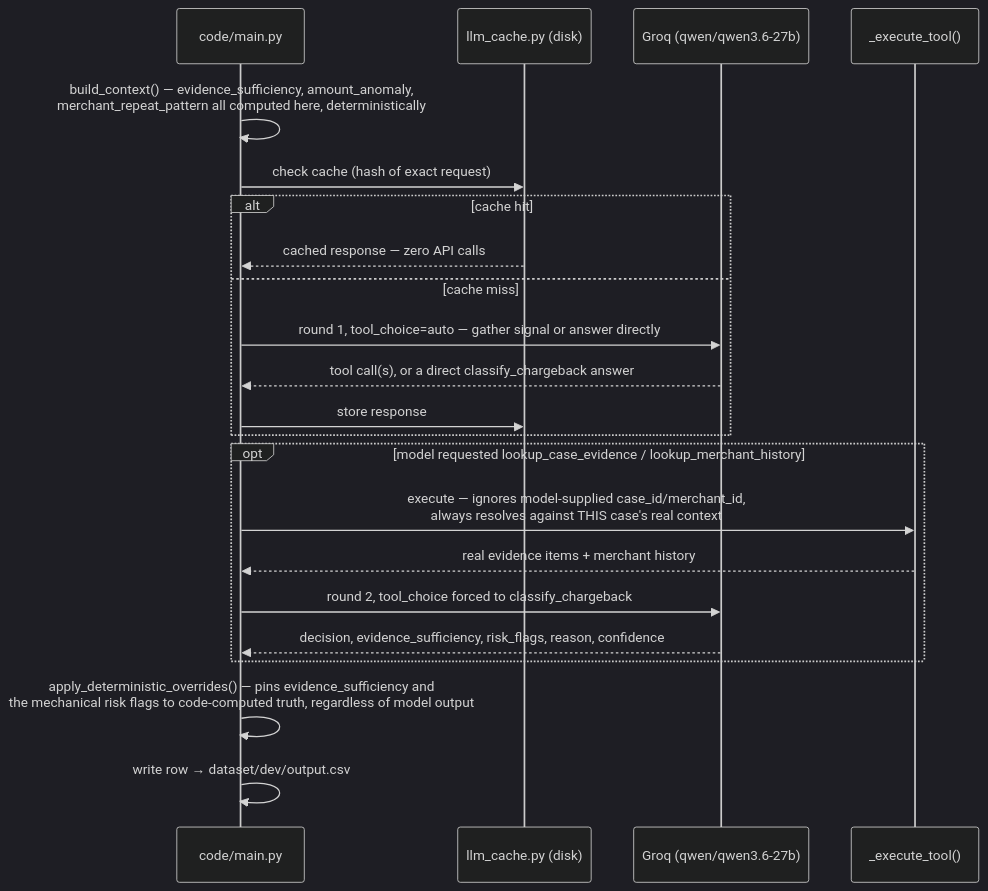
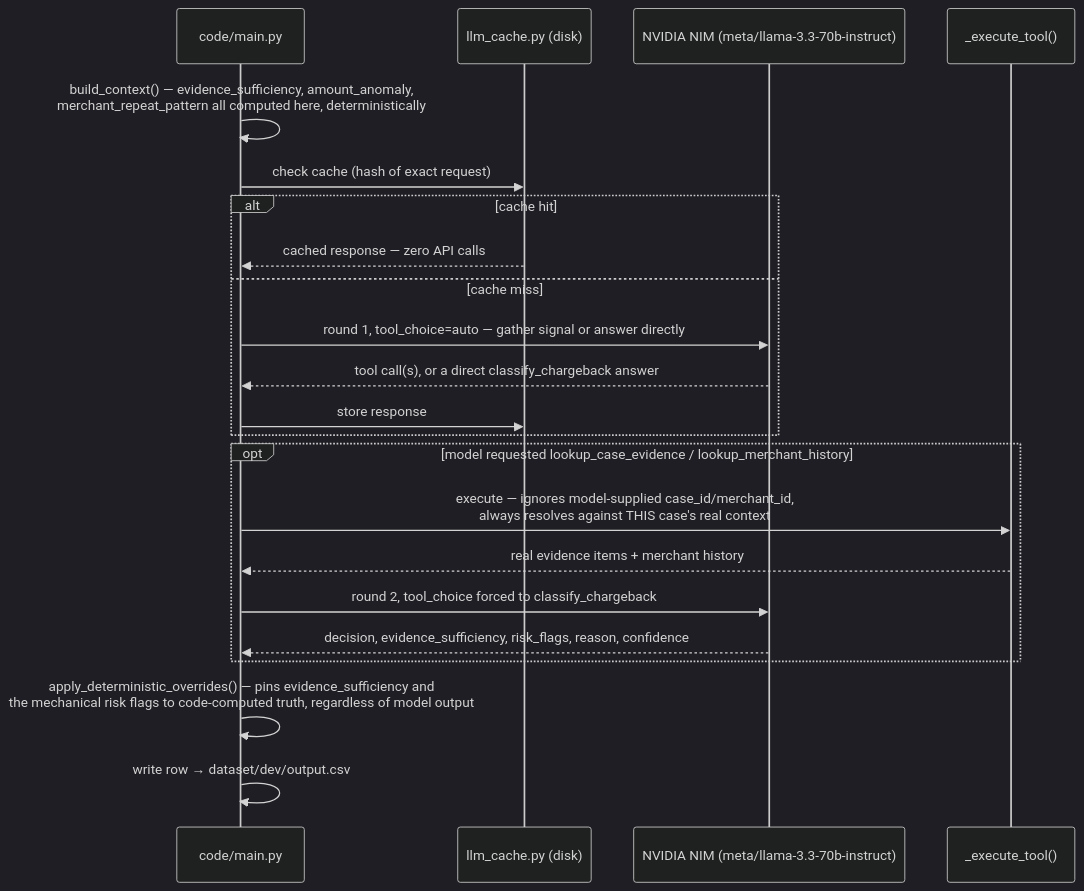
Before and after one commit to SajagIN/AEDI: the diagram in ARCHITECTURE.md, drawn with Mermaid (dark theme). The commit also changed other lines of this file and 21 other files, not shown here.

````diff
--- a/ARCHITECTURE.md
+++ b/ARCHITECTURE.md
@@ -37,25 +37,25 @@
 ```mermaid
 sequenceDiagram
     participant P as code/main.py
     participant C as llm_cache.py (disk)
-    participant M as Groq (qwen/qwen3.6-27b)
+    participant M as NVIDIA NIM (meta/llama-3.3-70b-instruct)
     participant T as _execute_tool()
 
     P->>P: build_context() — evidence_sufficiency, amount_anomaly,<br/>merchant_repeat_pattern all computed here, deterministically
     P->>C: check cache (hash of exact request)
     alt cache hit
         C-->>P: cached response — zero API calls
     else cache miss
         P->>M: round 1, tool_choice=auto — gather signal or answer directly
         M-->>P: tool call(s), or a direct classify_chargeback answer
         P->>C: store response
     end
     opt model requested lookup_case_evidence / lookup_merchant_history
         P->>T: execute — ignores model-supplied case_id/merchant_id,<br/>always resolves against THIS case's real context
         T-->>P: real evidence items + merchant history
         P->>M: round 2, tool_choice forced to classify_chargeback
         M-->>P: decision, evidence_sufficiency, risk_flags, reason, confidence
     end
     P->>P: apply_deterministic_overrides() — pins evidence_sufficiency and<br/>the mechanical risk flags to code-computed truth, regardless of model output
     P->>P: write row → dataset/dev/output.csv
 ```
````
